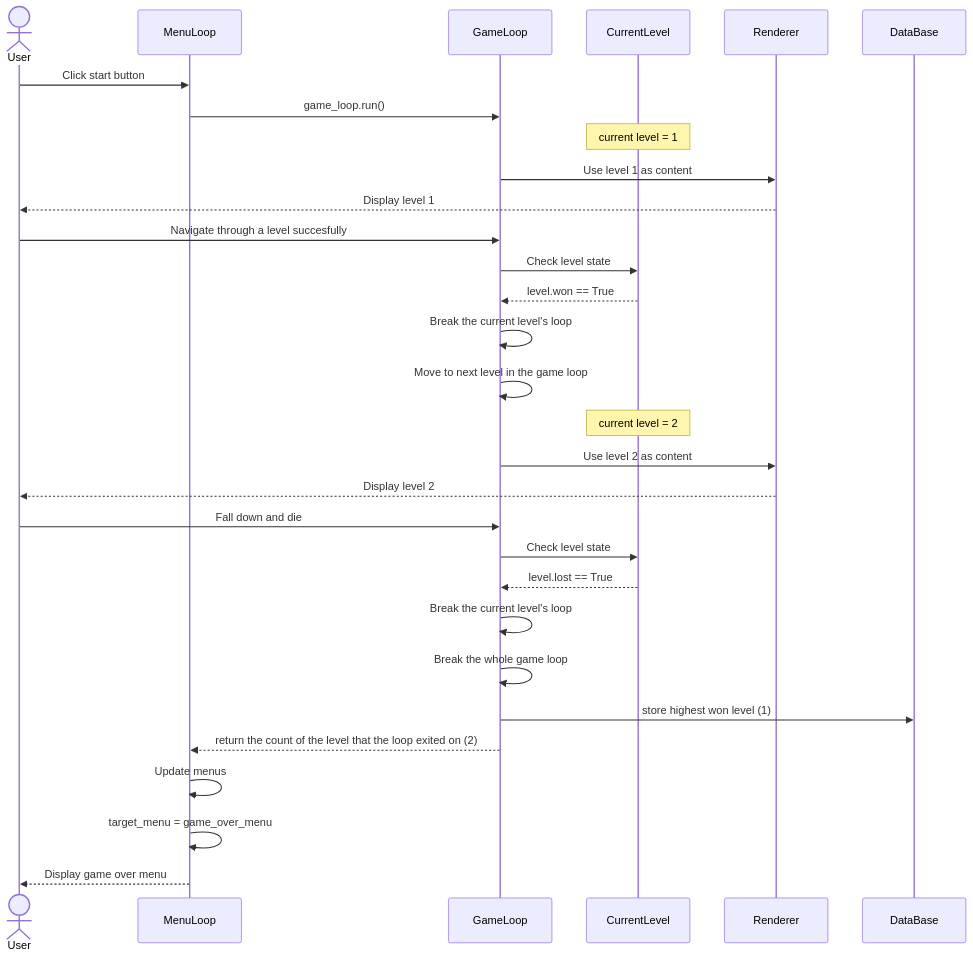
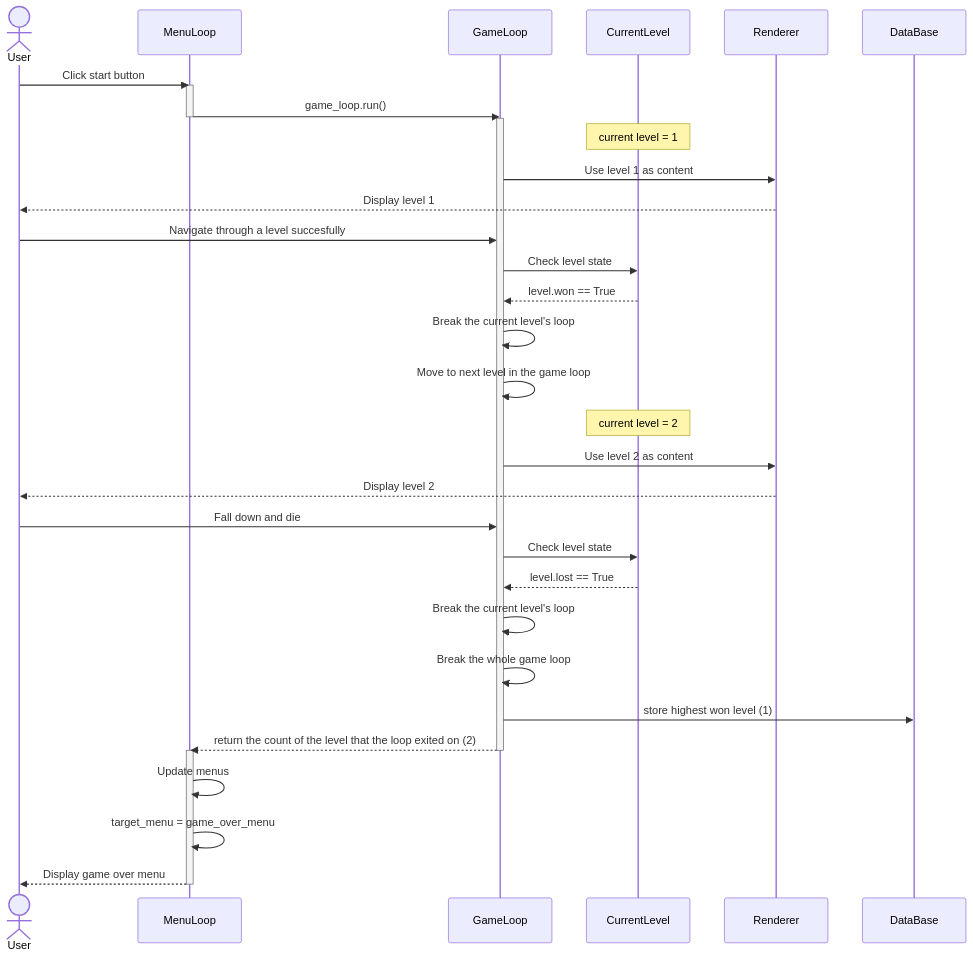
One commit to eemilhaa/ot-harjoitustyo changed the fourth of 4 diagrams in documentation/architecture.md. Above: the diagram before and after it, drawn with Mermaid. The commit also changed other lines of this file, not shown here.

````diff
--- a/documentation/architecture.md
+++ b/documentation/architecture.md
@@ -229,30 +229,36 @@
 ```mermaid
 sequenceDiagram
 actor User
 User->>MenuLoop: Click start button
+activate MenuLoop
 MenuLoop->>GameLoop: game_loop.run()
+deactivate MenuLoop
 
+activate GameLoop
 Note over CurrentLevel: current level = 1
 GameLoop->>Renderer: Use level 1 as content
 Renderer-->>User: Display level 1
 User->>GameLoop: Navigate through a level succesfully
 GameLoop->>CurrentLevel: Check level state
 CurrentLevel-->>GameLoop: level.won == True
 GameLoop->>GameLoop: Break the current level's loop
 GameLoop->>GameLoop: Move to next level in the game loop
 
 Note over CurrentLevel: current level = 2
 GameLoop->>Renderer: Use level 2 as content
 Renderer-->>User: Display level 2
 User->>GameLoop: Fall down and die
 GameLoop->>CurrentLevel: Check level state
 CurrentLevel-->>GameLoop: level.lost == True
 GameLoop->>GameLoop: Break the current level's loop
 GameLoop->>GameLoop: Break the whole game loop
 GameLoop->>DataBase: store highest won level (1)
 GameLoop-->>MenuLoop: return the count of the level that the loop exited on (2)
+deactivate GameLoop
 
+activate MenuLoop
 MenuLoop->>MenuLoop: Update menus
 MenuLoop->>MenuLoop: target_menu = game_over_menu
 MenuLoop-->>User: Display game over menu
+deactivate MenuLoop
 ```
````
